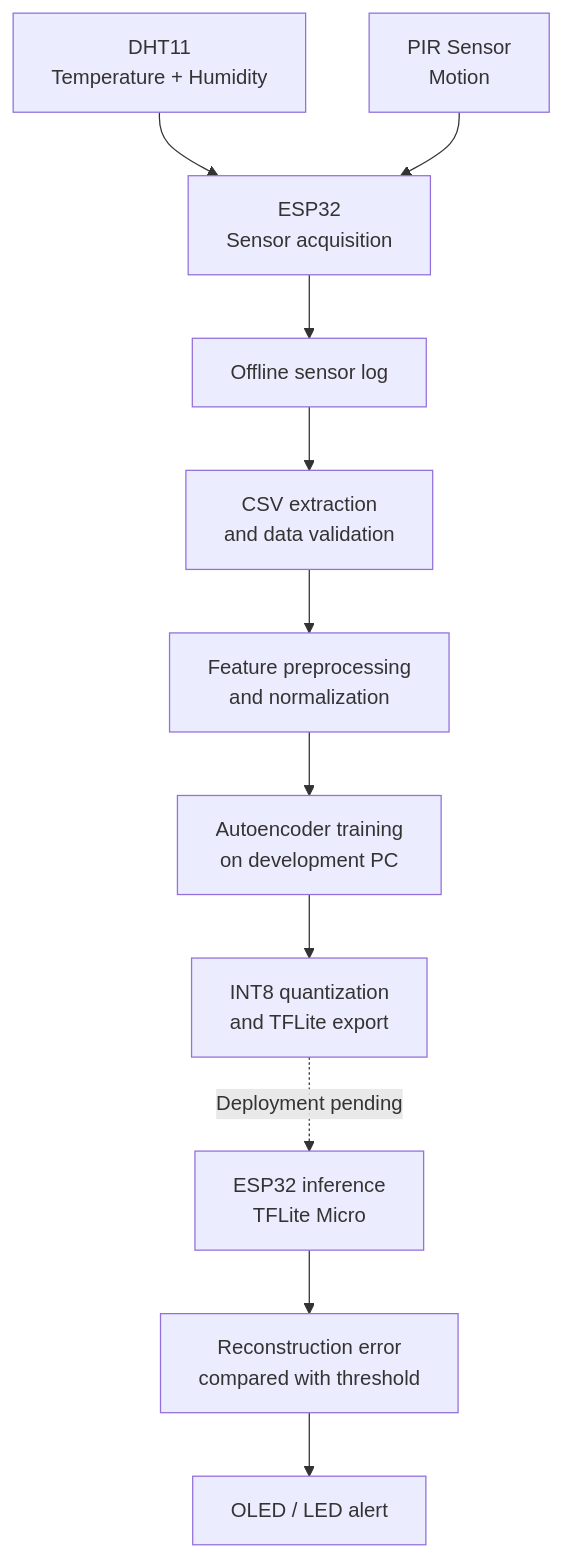
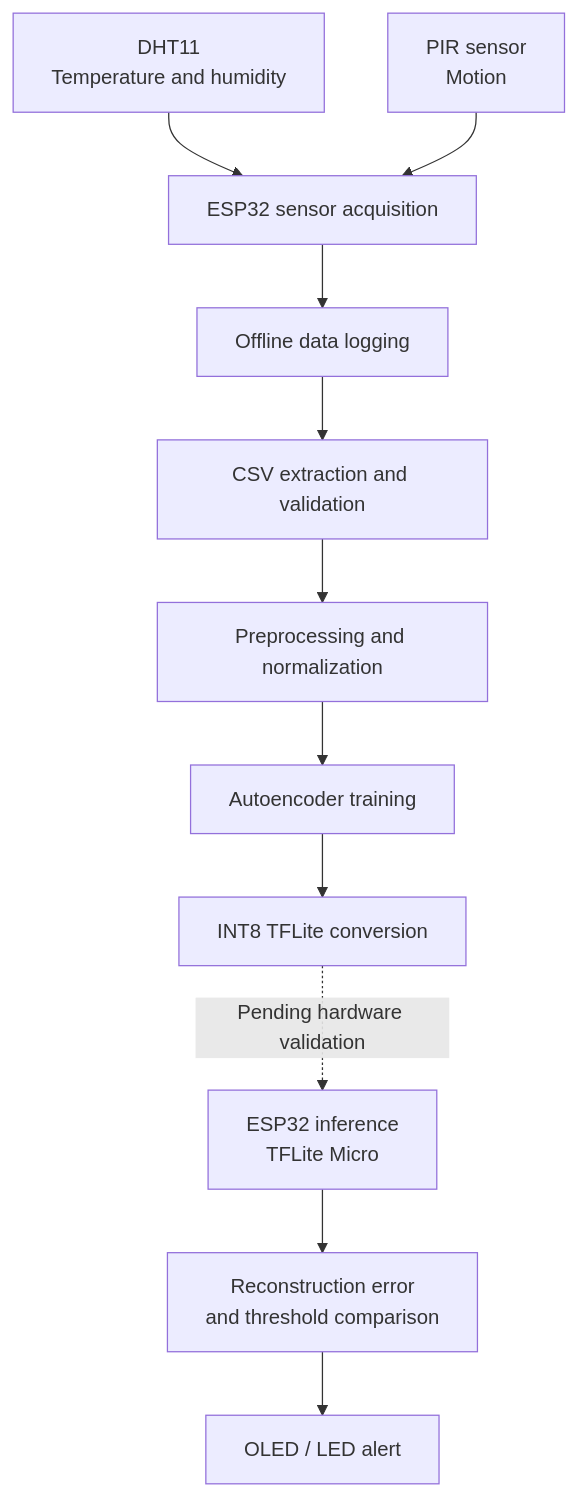
Before and after one commit to roukaiafadla/tinyml-env-anomaly: the diagram in README.md, drawn with Mermaid. The commit also changed other lines of this file, not shown here.

````diff
--- a/README.md
+++ b/README.md
@@ -37,20 +39,20 @@
 ```mermaid
 flowchart TD
-    A["DHT11<br/>Temperature + Humidity"]
-    B["PIR Sensor<br/>Motion"]
-    C["ESP32<br/>Sensor acquisition"]
-    D["Offline sensor log"]
-    E["CSV extraction<br/>and data validation"]
-    F["Feature preprocessing<br/>and normalization"]
-    G["Autoencoder training<br/>on development PC"]
-    H["INT8 quantization<br/>and TFLite export"]
+    A["DHT11<br/>Temperature and humidity"]
+    B["PIR sensor<br/>Motion"]
+    C["ESP32 sensor acquisition"]
+    D["Offline data logging"]
+    E["CSV extraction and validation"]
+    F["Preprocessing and normalization"]
+    G["Autoencoder training"]
+    H["INT8 TFLite conversion"]
     I["ESP32 inference<br/>TFLite Micro"]
-    J["Reconstruction error<br/>compared with threshold"]
+    J["Reconstruction error<br/>and threshold comparison"]
     K["OLED / LED alert"]
 
     A --> C
     B --> C
     C --> D --> E --> F --> G --> H
-    H -. "Deployment pending" .-> I
+    H -. "Pending hardware validation" .-> I
     I --> J --> K
 ```
````
